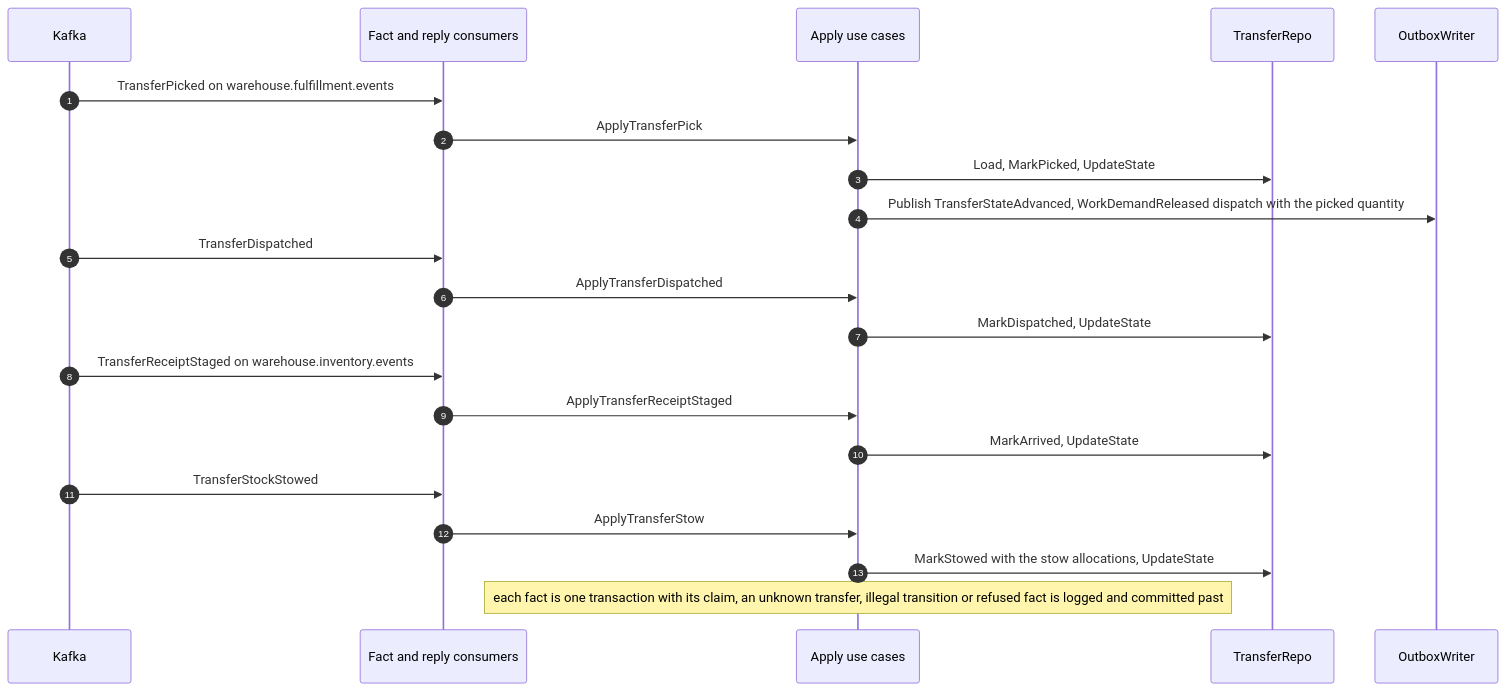
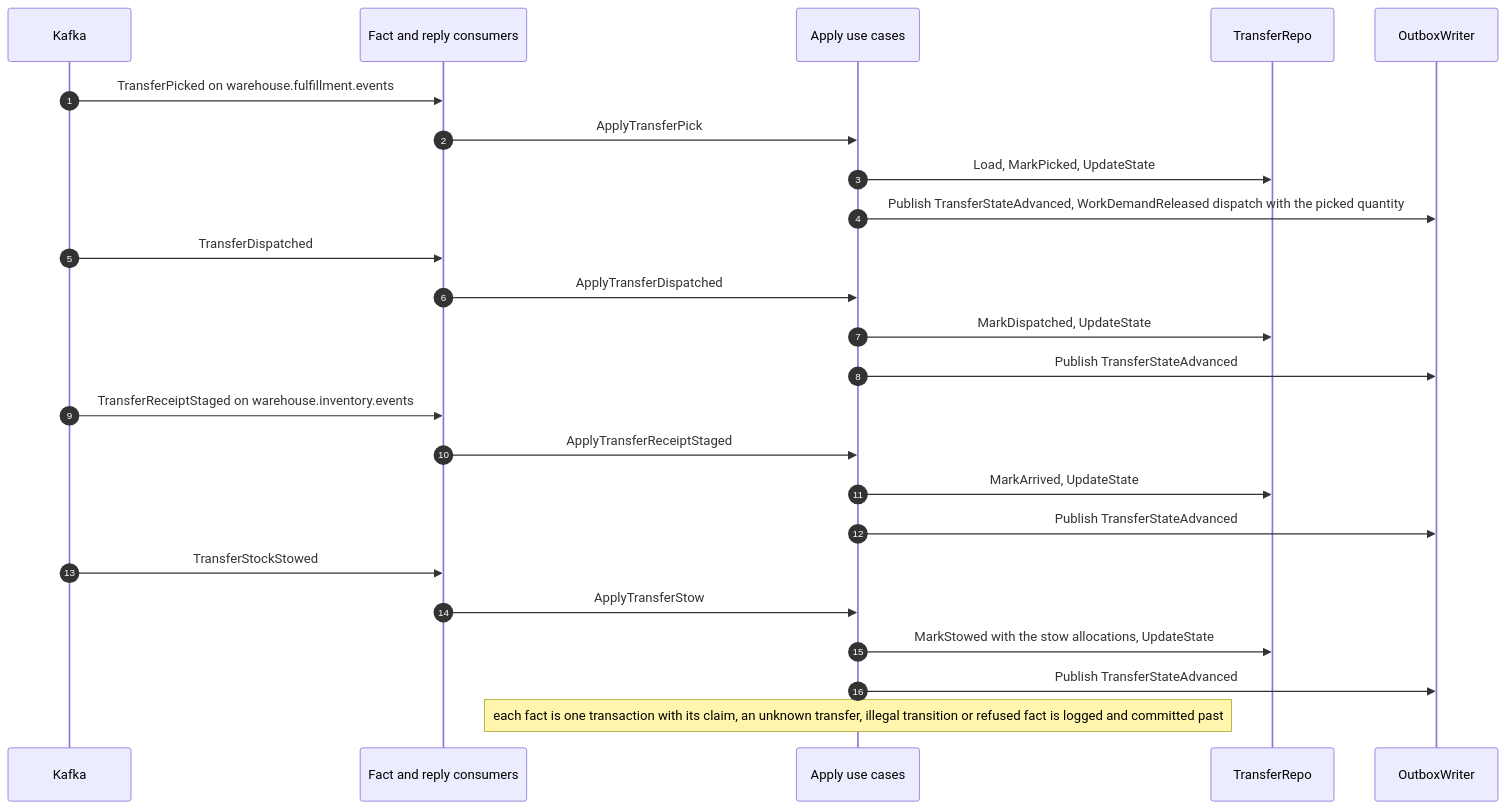
One commit to IQVO/network-inventory-planning changed the sixth of 8 diagrams in docs/docs/ddd/sequence-diagrams.md. Above: the diagram before and after it, drawn with Mermaid. The commit also changed other lines of this file and 15 other files, not shown here.

````diff
--- a/docs/docs/ddd/sequence-diagrams.md
+++ b/docs/docs/ddd/sequence-diagrams.md
@@ -154,23 +154,26 @@
 ```mermaid
 sequenceDiagram
   autonumber
   participant K as Kafka
   participant C as Fact and reply consumers
   participant A as Apply use cases
   participant T as TransferRepo
   participant O as OutboxWriter
   K->>C: TransferPicked on warehouse.fulfillment.events
   C->>A: ApplyTransferPick
   A->>T: Load, MarkPicked, UpdateState
   A->>O: Publish TransferStateAdvanced, WorkDemandReleased dispatch with the picked quantity
   K->>C: TransferDispatched
   C->>A: ApplyTransferDispatched
   A->>T: MarkDispatched, UpdateState
+  A->>O: Publish TransferStateAdvanced
   K->>C: TransferReceiptStaged on warehouse.inventory.events
   C->>A: ApplyTransferReceiptStaged
   A->>T: MarkArrived, UpdateState
+  A->>O: Publish TransferStateAdvanced
   K->>C: TransferStockStowed
   C->>A: ApplyTransferStow
   A->>T: MarkStowed with the stow allocations, UpdateState
+  A->>O: Publish TransferStateAdvanced
   Note over A: each fact is one transaction with its claim, an unknown transfer, illegal transition or refused fact is logged and committed past
 ```
````
